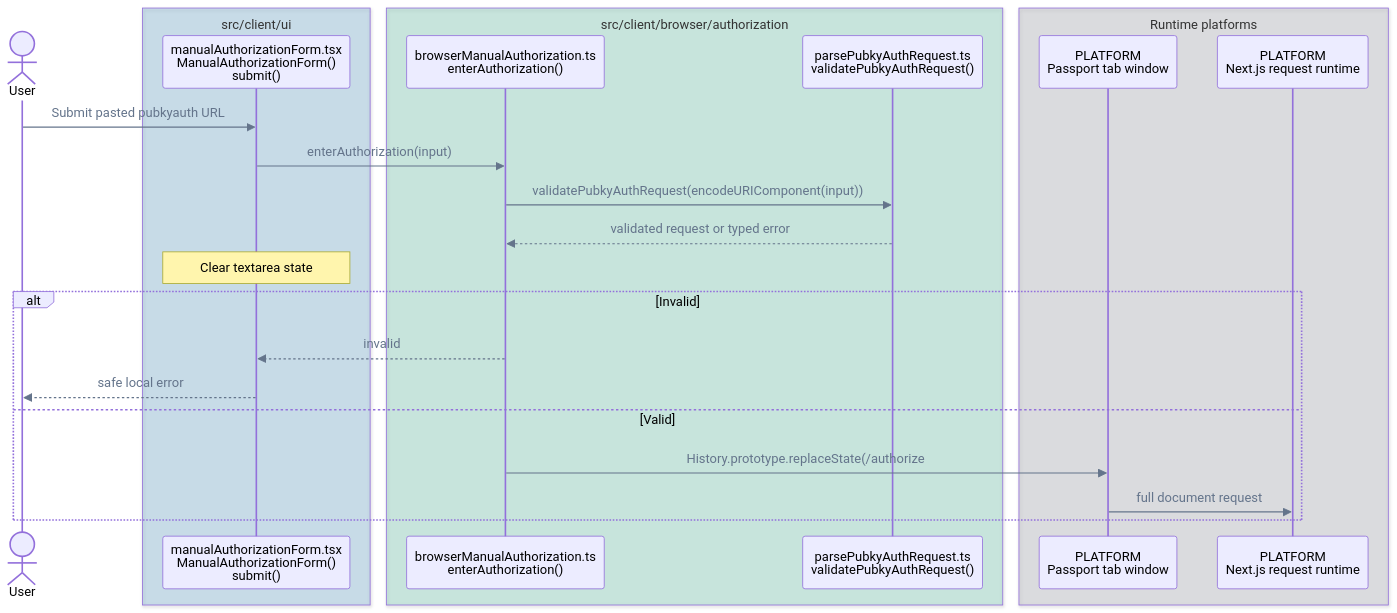
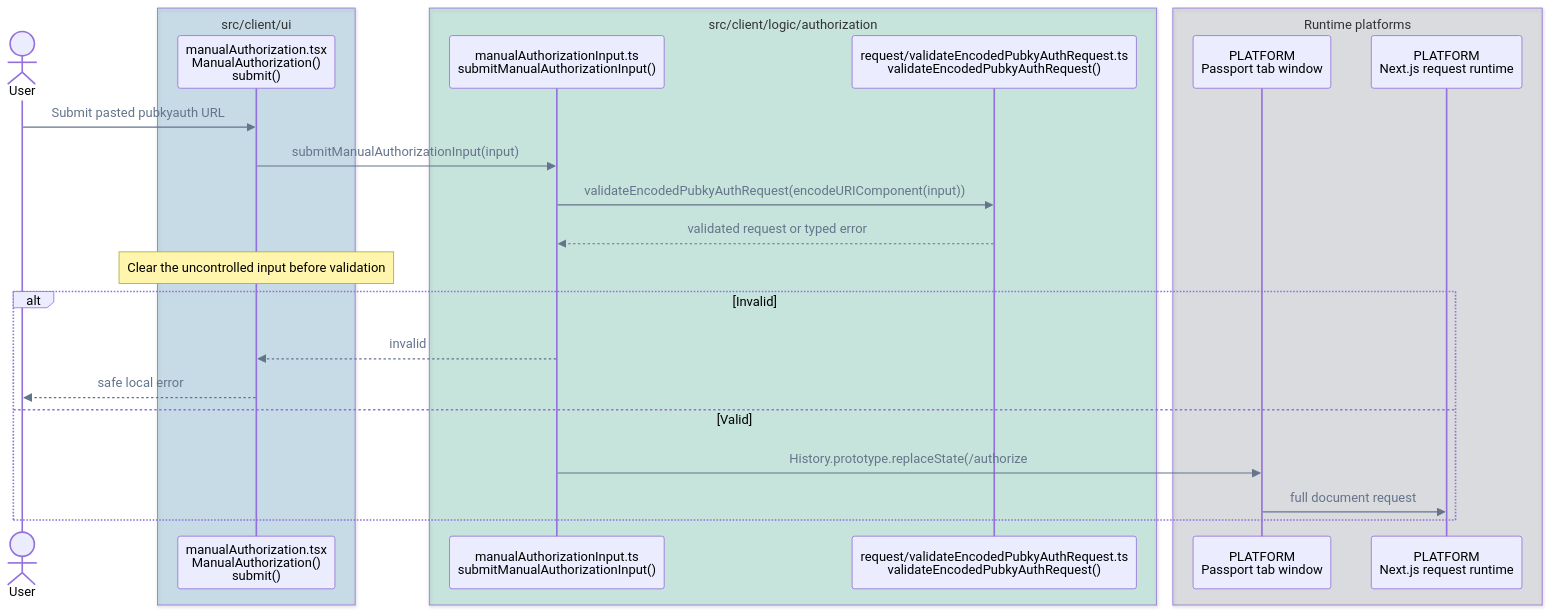
Before and after one commit to pubky/pubky-passport: the fourth of 14 diagrams in FLOWS.md, drawn with Mermaid. The commit also changed other lines of this file and 51 other files, not shown here.

````diff
--- a/FLOWS.md
+++ b/FLOWS.md
@@ -158,31 +158,31 @@
 ```mermaid
 %%{init: {"themeVariables": {"signalColor": "#64748B", "signalTextColor": "#64748B"}}}%%
 sequenceDiagram
     accTitle: Manual authorization call flow
     accDescr: The form validates and clears a pasted request before either showing a safe error or starting a full authorization document navigation.
     actor User
     box rgba(0, 114, 178, 0.18) src/client/ui
-        participant Form as manualAuthorizationForm.tsx<br/>ManualAuthorizationForm()<br/>submit()
+        participant Form as manualAuthorization.tsx<br/>ManualAuthorization()<br/>submit()
     end
-    box rgba(0, 158, 115, 0.18) src/client/browser/authorization
-        participant Browser as browserManualAuthorization.ts<br/>enterAuthorization()
-        participant Parser as parsePubkyAuthRequest.ts<br/>validatePubkyAuthRequest()
+    box rgba(0, 158, 115, 0.18) src/client/logic/authorization
+        participant ManualInput as manualAuthorizationInput.ts<br/>submitManualAuthorizationInput()
+        participant Parser as request/validateEncodedPubkyAuthRequest.ts<br/>validateEncodedPubkyAuthRequest()
     end
     box rgba(107, 114, 128, 0.18) Runtime platforms
         participant Window as PLATFORM<br/>Passport tab window
         participant Next as PLATFORM<br/>Next.js request runtime
     end
 
     User->>Form: Submit pasted pubkyauth URL
-    Form->>Browser: enterAuthorization(input)
-    Browser->>Parser: validatePubkyAuthRequest(encodeURIComponent(input))
-    Parser-->>Browser: validated request or typed error
-    Note over Form: Clear textarea state
+    Form->>ManualInput: submitManualAuthorizationInput(input)
+    ManualInput->>Parser: validateEncodedPubkyAuthRequest(encodeURIComponent(input))
+    Parser-->>ManualInput: validated request or typed error
+    Note over Form: Clear the uncontrolled input before validation
     alt Invalid
-        Browser-->>Form: invalid
+        ManualInput-->>Form: invalid
         Form-->>User: safe local error
     else Valid
-        Browser->>Window: History.prototype.replaceState(/authorize#d=...) + reload
+        ManualInput->>Window: History.prototype.replaceState(/authorize#d=...) + reload
         Window->>Next: full document request
     end
 ```
````
